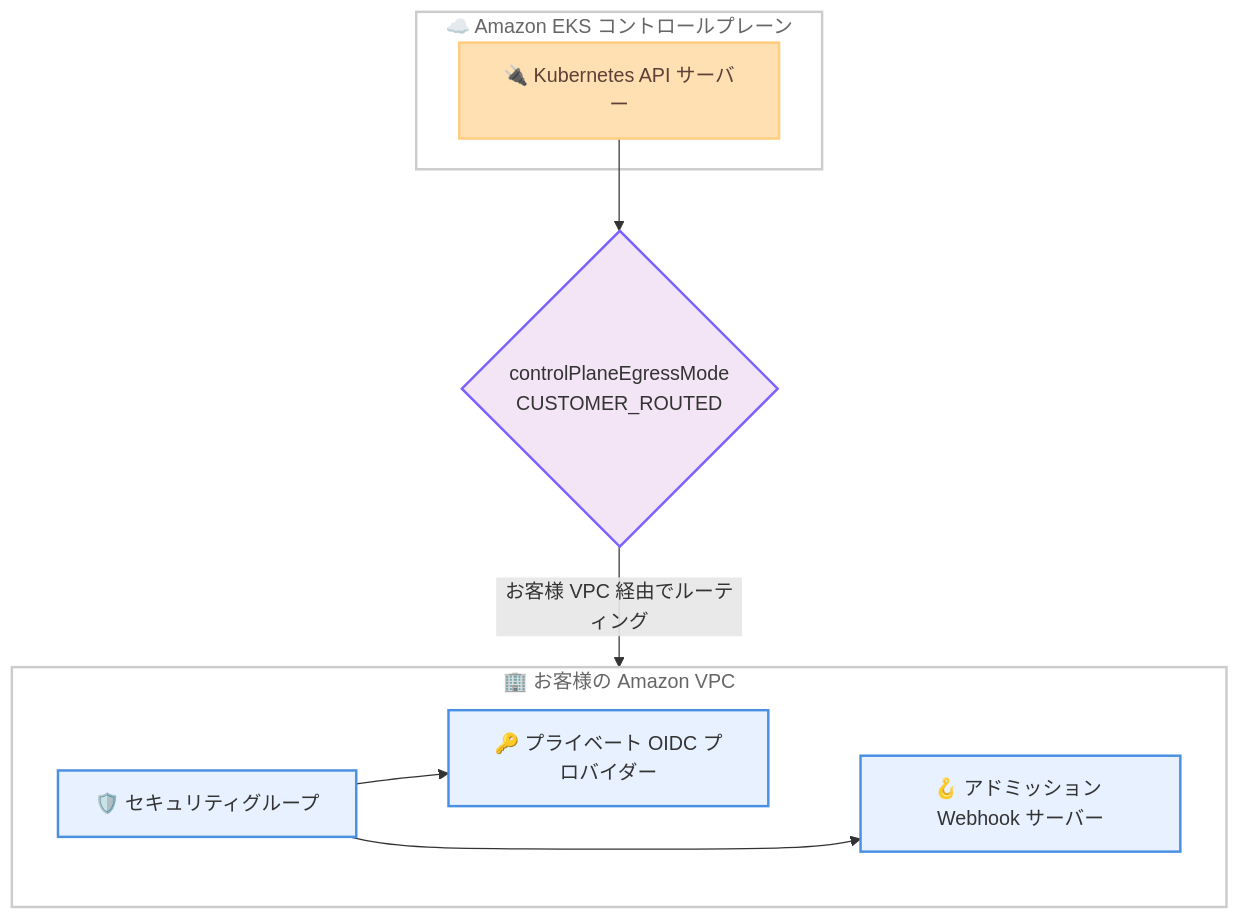
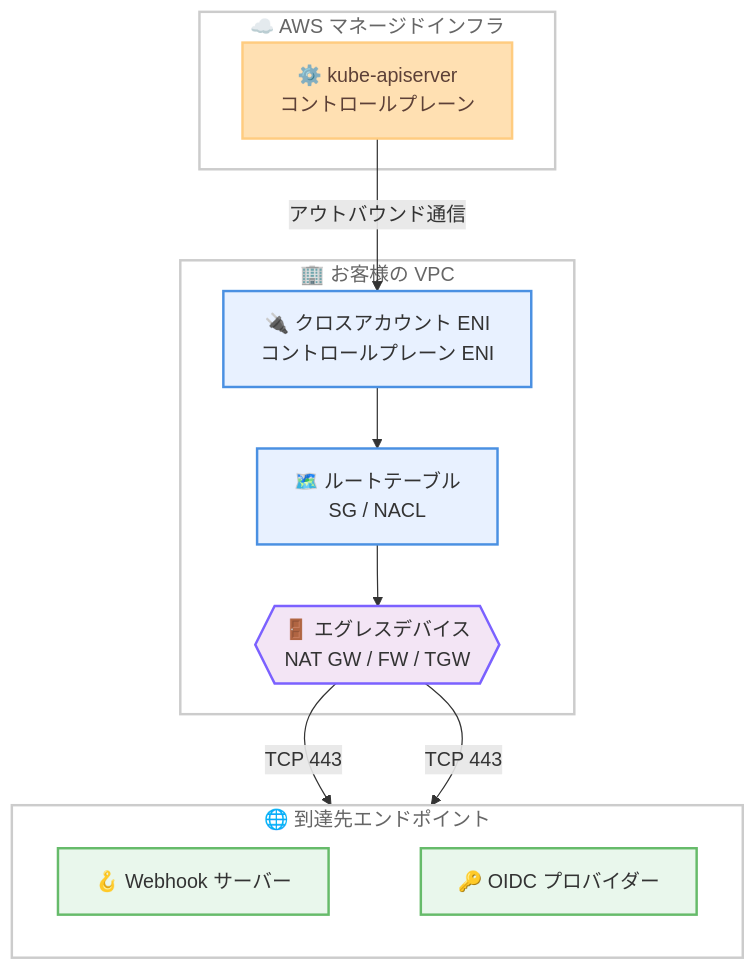
Before and after one commit to takech9203/aws-news-summary: the diagram in reports/2026/2026-06-18-amazon-eks-customer-routed-control-plane-egress.md, drawn with Mermaid. The commit also changed other lines of this file and 27 other files, not shown here.

````diff
--- a/reports/2026/2026-06-18-amazon-eks-customer-routed-control-plane-egress.md
+++ b/reports/2026/2026-06-18-amazon-eks-customer-routed-control-plane-egress.md
@@ -32,32 +32,37 @@
 ```mermaid
 flowchart TD
-    subgraph EKS["☁️ Amazon EKS コントロールプレーン"]
-        API["🔌 Kubernetes API サーバー"]
+    subgraph AWSManaged["☁️ AWS マネージドインフラ"]
+        API["⚙️ kube-apiserver<br/>コントロールプレーン"]
     end
 
-    subgraph CustomerVPC["🏢 お客様の Amazon VPC"]
-        direction LR
-        SG["🛡️ セキュリティグループ"]
-        OIDC["🔑 プライベート OIDC プロバイダー"]
-        WH["🪝 アドミッション Webhook サーバー"]
-        SG ~~~ OIDC ~~~ WH
+    subgraph CustomerVPC["🏢 お客様の VPC"]
+        ENI["🔌 クロスアカウント ENI<br/>コントロールプレーン ENI"]
+        RT["🗺️ ルートテーブル<br/>SG / NACL"]
+        Egress{{"🚪 エグレスデバイス<br/>NAT GW / FW / TGW"}}
     end
 
-    Mode{"controlPlaneEgressMode<br/>CUSTOMER_ROUTED"}
+    subgraph Endpoints["🌐 到達先エンドポイント"]
+        direction LR
+        Webhook["🪝 Webhook サーバー"]
+        OIDC["🔑 OIDC プロバイダー"]
+        Webhook ~~~ OIDC
+    end
 
-    API --> Mode
-    Mode -->|お客様 VPC 経由でルーティング| SG
-    SG --> OIDC
-    SG --> WH
+    API -->|"アウトバウンド通信"| ENI
+    ENI --> RT
+    RT --> Egress
+    Egress -->|"TCP 443"| Webhook
+    Egress -->|"TCP 443"| OIDC
 
     classDef cloud fill:none,stroke:#CCCCCC,stroke-width:2px,color:#666666
     classDef compute fill:#FFE0B2,stroke:#FFCC80,stroke-width:2px,color:#5D4037
+    classDef internal fill:#E8F1FF,stroke:#4A90E2,stroke-width:2px,color:#333333
     classDef decision fill:#F3E5F5,stroke:#7B61FF,stroke-width:2px,color:#333333
-    classDef internal fill:#E8F1FF,stroke:#4A90E2,stroke-width:2px,color:#333333
-    classDef process fill:#FFFFFF,stroke:#4A90E2,stroke-width:2px,color:#333333
+    classDef input fill:#E9F7EC,stroke:#66BB6A,stroke-width:2px,color:#333333
 
-    class EKS,CustomerVPC cloud
+    class AWSManaged,CustomerVPC,Endpoints cloud
     class API compute
-    class Mode decision
-    class SG,OIDC,WH internal
+    class ENI,RT internal
+    class Egress decision
+    class Webhook,OIDC input
 ```
````
